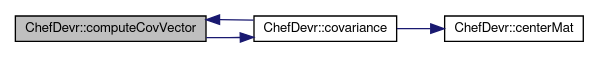
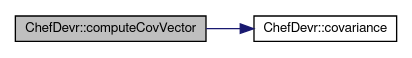
Before and after one commit to bsella/BRDF3000: the diagram in docs/namespace_chef_devr_a596a285a8d77aad17878f22f23689861_cgraph.dot, drawn with Graphviz. The commit also changed 287 other files, not shown here.

```diff
--- a/docs/namespace_chef_devr_a596a285a8d77aad17878f22f23689861_cgraph.dot
+++ b/docs/namespace_chef_devr_a596a285a8d77aad17878f22f23689861_cgraph.dot
@@ -1,12 +1,10 @@
 digraph "ChefDevr::computeCovVector"
 {
+ // LATEX_PDF_SIZE
   edge [fontname="FreeSans",fontsize="10",labelfontname="FreeSans",labelfontsize="10"];
   node [fontname="FreeSans",fontsize="10",shape=record];
   rankdir="LR";
-  Node10 [label="ChefDevr::computeCovVector",height=0.2,width=0.4,color="black", fillcolor="grey75", style="filled", fontcolor="black"];
-  Node10 -> Node11 [color="midnightblue",fontsize="10",style="solid",fontname="FreeSans"];
-  Node11 [label="ChefDevr::covariance",height=0.2,width=0.4,color="black", fillcolor="white", style="filled",URL="$namespace_chef_devr.html#a13ff4baef0481276d6b78f9d47297d0d",tooltip="Covariance function given in the research paper : A Versatile Parametrization for Measured Materials ..."];
-  Node11 -> Node12 [color="midnightblue",fontsize="10",style="solid",fontname="FreeSans"];
-  Node12 [label="ChefDevr::centerMat",height=0.2,width=0.4,color="black", fillcolor="white", style="filled",URL="$namespace_chef_devr.html#a8a35bcb9393c9a05d738e608570ec8d8",tooltip="Centers matrix by sustracting mean to all columns. "];
-  Node11 -> Node10 [color="midnightblue",fontsize="10",style="solid",fontname="FreeSans"];
+  Node2 [label="ChefDevr::computeCovVector",height=0.2,width=0.4,color="black", fillcolor="grey75", style="filled", fontcolor="black",tooltip="Computes the covariance column vector for the coordRef coordinates variable."];
+  Node2 -> Node3 [color="midnightblue",fontsize="10",style="solid",fontname="FreeSans"];
+  Node3 [label="ChefDevr::covariance",height=0.2,width=0.4,color="black", fillcolor="white", style="filled",URL="$namespace_chef_devr.html#a13ff4baef0481276d6b78f9d47297d0d",tooltip="Covariance function given in the research paper : A Versatile Parametrization for Measured Materials ..."];
 }
```
